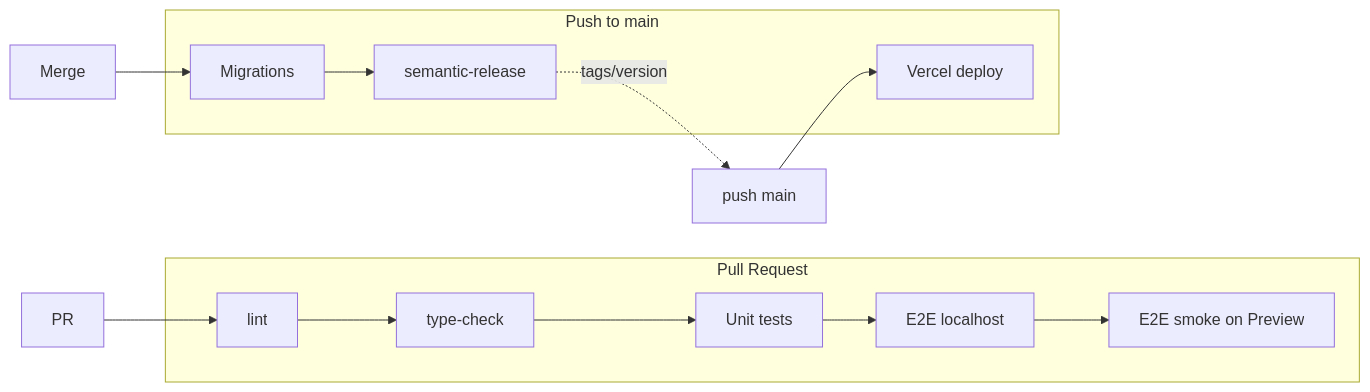
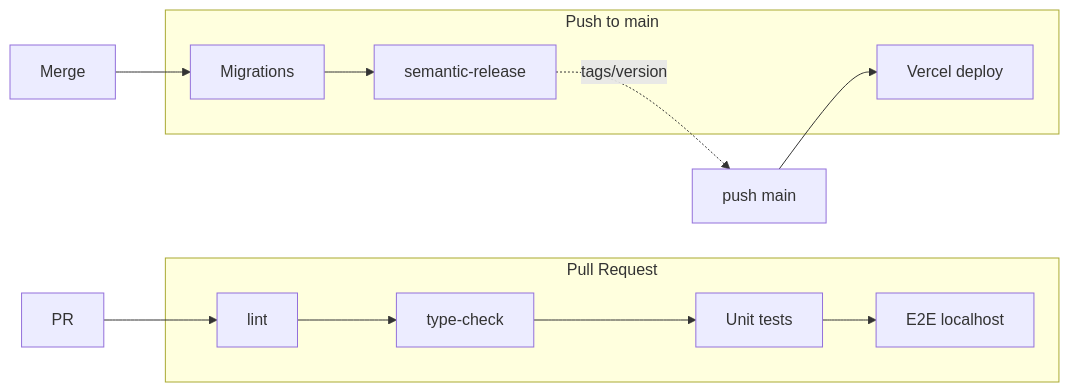
The diagram in docs/DEPLOYMENT.md (Allotment-Technology-Ltd/plotbudget-v2), drawn with Mermaid before and after one commit. The commit also changed other lines of this file and 2 other files, not shown here.

First line of the commit message:
chore: remove Vercel preview smoke job (Option A)

````diff
--- a/docs/DEPLOYMENT.md
+++ b/docs/DEPLOYMENT.md
@@ -29,19 +29,18 @@
 ```mermaid
 flowchart LR
   subgraph pr [Pull Request]
     Lint[lint]
     Type[type-check]
     Unit[Unit tests]
     E2ELocal[E2E localhost]
-    E2EPreview[E2E smoke on Preview]
   end
   subgraph main [Push to main]
     Migrate[Migrations]
     Release[semantic-release]
     Vercel[Vercel deploy]
   end
-  PR --> Lint --> Type --> Unit --> E2ELocal --> E2EPreview
+  PR --> Lint --> Type --> Unit --> E2ELocal
   Merge --> Migrate --> Release
   PushMain[push main] --> Vercel
   Release -.->|tags/version| PushMain
 ```
````
